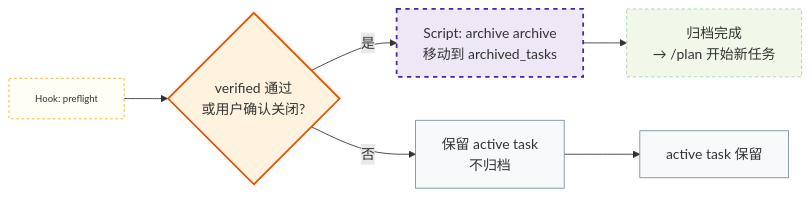
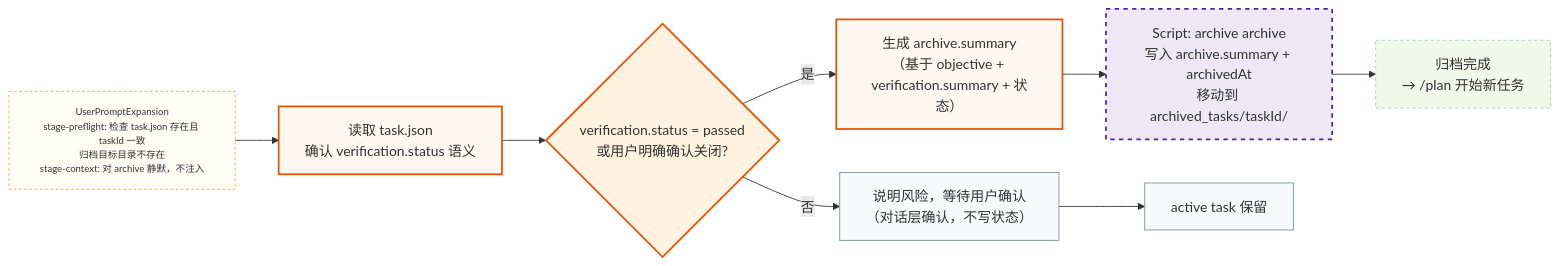
Before and after one commit to youchuyu/my-cc-lite: the fifth of 6 diagrams in docs/my-cc-lite-flow.phase.mermaid.md, drawn with Mermaid. The commit also changed other lines of this file and 8 other files, not shown here.

````diff
--- a/docs/my-cc-lite-flow.phase.mermaid.md
+++ b/docs/my-cc-lite-flow.phase.mermaid.md
@@ -216,24 +207,26 @@
 ```mermaid
 flowchart LR
     classDef stageBox fill:#fff8f0,stroke:#e65100,stroke-width:2px
     classDef stateWrite fill:#ede7f6,stroke:#4527a0,stroke-width:2px,stroke-dasharray: 5 5
     classDef routeBox fill:#f8f9fa,stroke:#78909c,stroke-width:1px
     classDef doneBox fill:#e0f2f1,stroke:#00695c,stroke-width:2px
     classDef backBox fill:#f1f8e9,stroke:#a5d6a7,stroke-width:1px,stroke-dasharray: 4 3
     classDef hookNote fill:#fffef5,stroke:#f9a825,stroke-width:1px,stroke-dasharray: 3 3,font-size:11px
     classDef decisionBox fill:#fff3e0,stroke:#e65100,stroke-width:2px
 
-    ARCHIVE_HOOK["Hook: preflight"]:::hookNote
-    ARCHIVE_GATE{"verified 通过\n或用户确认关闭?"}:::decisionBox
+    ARCHIVE_PREFLIGHT["UserPromptExpansion\nstage-preflight: 检查 task.json 存在且 taskId 一致\n归档目标目录不存在\nstage-context: 对 archive 静默，不注入"]:::hookNote
+    ARCHIVE_READ["读取 task.json\n确认 verification.status 语义"]:::stageBox
+    ARCHIVE_GATE{"verification.status = passed\n或用户明确确认关闭?"}:::decisionBox
 
-    ARCHIVE_HOOK --> ARCHIVE_GATE
+    ARCHIVE_PREFLIGHT --> ARCHIVE_READ --> ARCHIVE_GATE
 
-    ARCHIVE_WRITE["Script: archive archive\n移动到 archived_tasks"]:::stateWrite
-    ARCHIVE_STOP["保留 active task\n不归档"]:::routeBox
+    ARCHIVE_SUMMARY["生成 archive.summary\n（基于 objective + verification.summary + 状态）"]:::stageBox
+    ARCHIVE_WRITE["Script: archive archive\n写入 archive.summary + archivedAt\n移动到 archived_tasks/taskId/"]:::stateWrite
+    ARCHIVE_STOP["说明风险，等待用户确认\n（对话层确认，不写状态）"]:::routeBox
 
-    ARCHIVE_GATE -->|是| ARCHIVE_WRITE
+    ARCHIVE_GATE -->|是| ARCHIVE_SUMMARY --> ARCHIVE_WRITE
     ARCHIVE_GATE -->|否| ARCHIVE_STOP
 
     ARCHIVE_WRITE --> NEXT_PLAN["归档完成\n→ /plan 开始新任务"]:::backBox
     ARCHIVE_STOP --> KEEP_TASK["active task 保留"]:::routeBox
 ```
````
